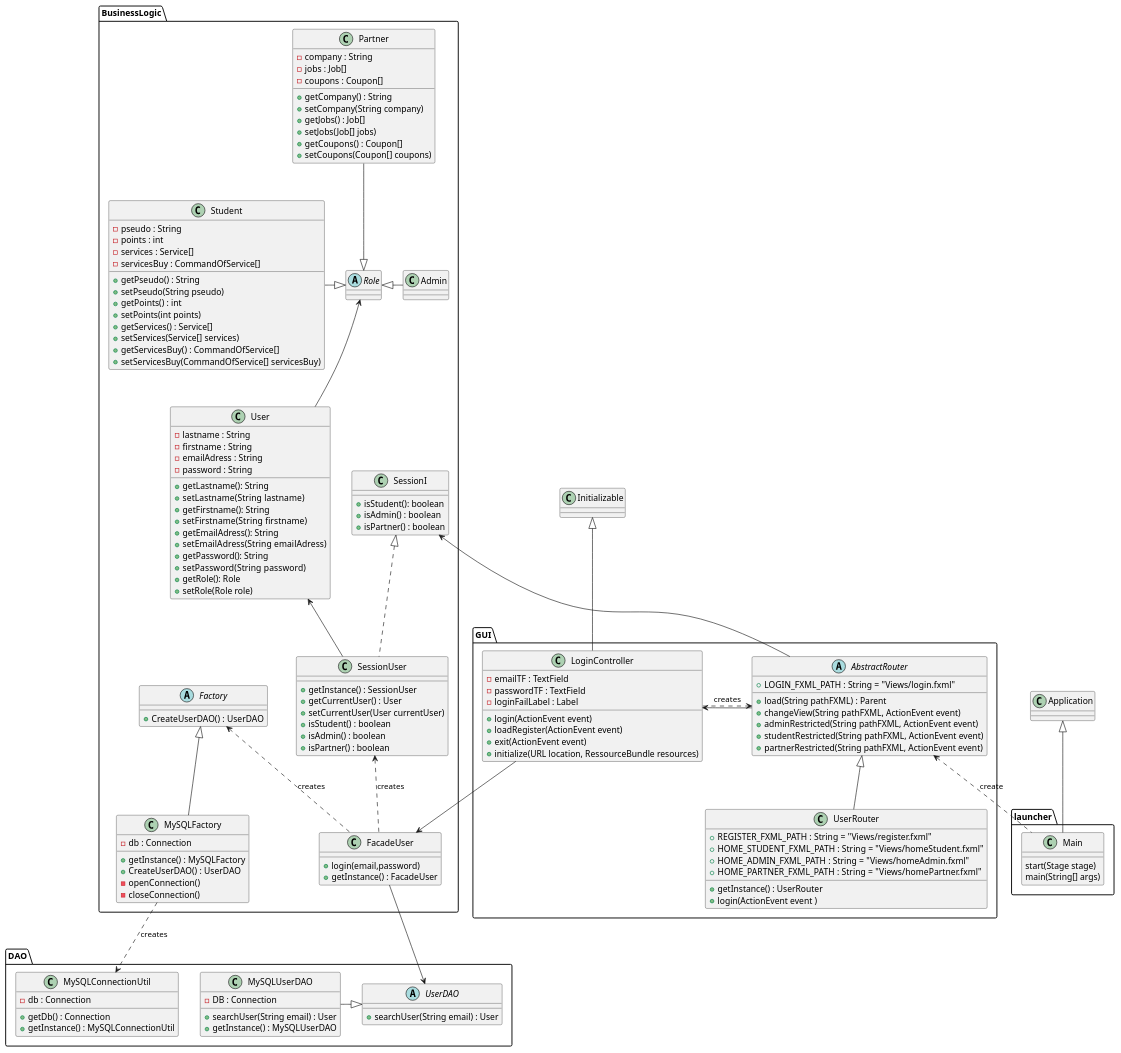
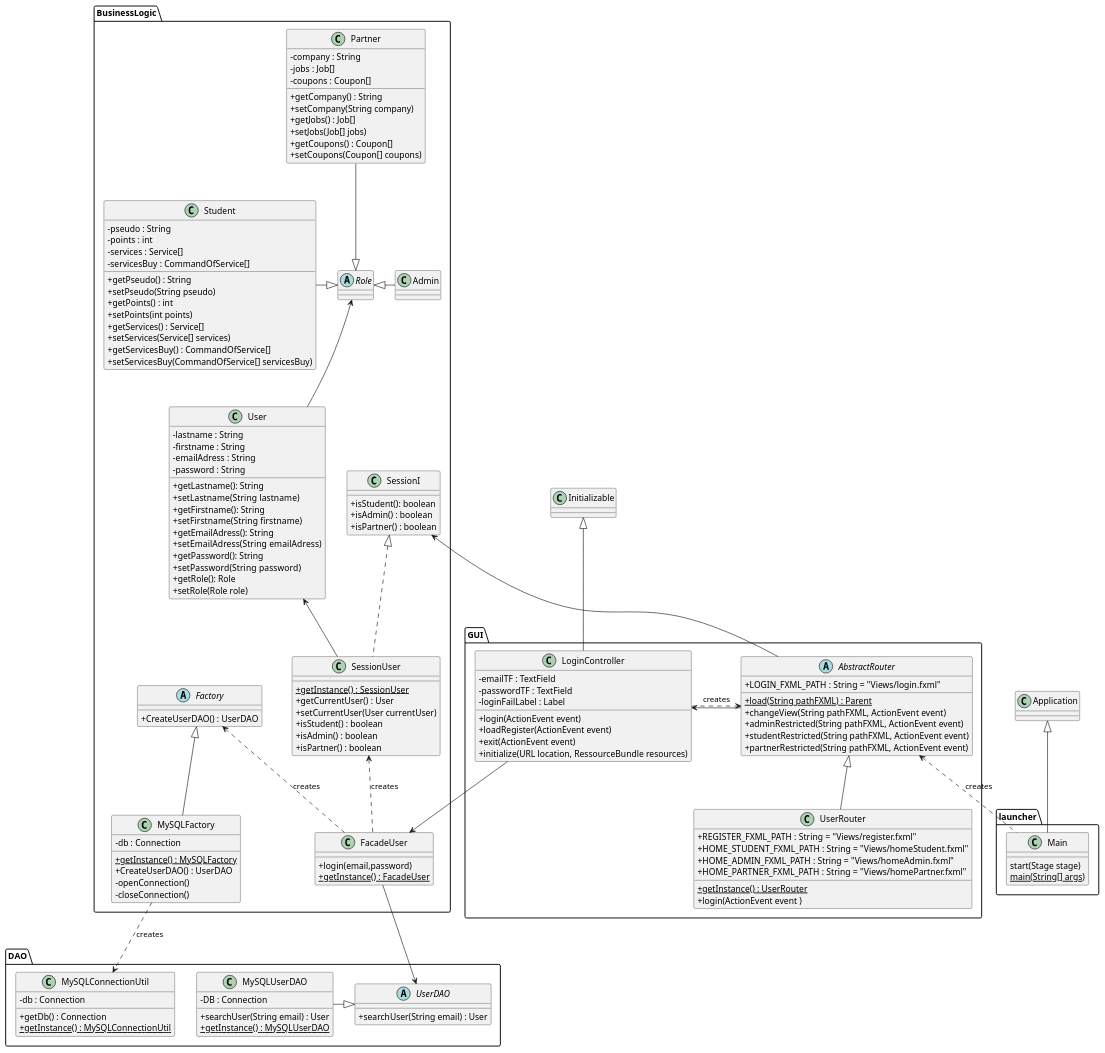
One commit to guiguie34/StudEasy changed the diagram in classDiagrams/login.puml. Above: the diagram before and after it, drawn with PlantUML.

Commit message:
Login class diagram improvement

```diff
--- a/classDiagrams/login.puml
+++ b/classDiagrams/login.puml
@@ -1,168 +1,177 @@
 @startuml
+skinparam classAttributeIconSize 0
+
 class Application
+
 package launcher{
+
     class Main{
         start(Stage stage)
-        main(String[] args)
+        {static} main(String[] args)
      }
+
     Application <|-- Main
 }
+
 class Initializable
+
 package GUI{
+
     abstract class AbstractRouter{
         + LOGIN_FXML_PATH : String = "Views/login.fxml"
-        + load(String pathFXML) : Parent
+        + {static} load(String pathFXML) : Parent
         + changeView(String pathFXML, ActionEvent event)
         + adminRestricted(String pathFXML, ActionEvent event)
         + studentRestricted(String pathFXML, ActionEvent event)
         + partnerRestricted(String pathFXML, ActionEvent event)
     }
+
     class LoginController{
             - emailTF : TextField
             - passwordTF : TextField
             - loginFailLabel : Label
             + login(ActionEvent event)
             + loadRegister(ActionEvent event)
             + exit(ActionEvent event)
             + initialize(URL location, RessourceBundle resources)
+        }
 
-        }
     class UserRouter{
         + REGISTER_FXML_PATH : String = "Views/register.fxml"
         + HOME_STUDENT_FXML_PATH : String = "Views/homeStudent.fxml"
         + HOME_ADMIN_FXML_PATH : String = "Views/homeAdmin.fxml"
         + HOME_PARTNER_FXML_PATH : String = "Views/homePartner.fxml"
-        + getInstance() : UserRouter
+        + {static} getInstance() : UserRouter
         + login(ActionEvent event )
     }
 
-
     Initializable <|-down- LoginController
-    AbstractRouter <.. Main : create
+    AbstractRouter <.. Main : creates
     LoginController <-- AbstractRouter
     AbstractRouter <.left. LoginController : creates
     AbstractRouter <|-- UserRouter
-
-
-
 }
 
 package BusinessLogic{
+
     class FacadeUser{
         + login(email,password)
-        + getInstance() : FacadeUser
+        + {static} getInstance() : FacadeUser
     }
 
     class SessionUser{
-        + getInstance() : SessionUser
+        + {static} getInstance() : SessionUser
         + getCurrentUser() : User
         + setCurrentUser(User currentUser)
         + isStudent() : boolean
         + isAdmin() : boolean
         + isPartner() : boolean
     }
 
     class SessionI{
         + isStudent(): boolean
         + isAdmin() : boolean
         + isPartner() : boolean
 
     }
 
     class User{
         - lastname : String
         - firstname : String
         - emailAdress : String
         - password : String
         + getLastname(): String
         + setLastname(String  lastname)
         + getFirstname(): String
         + setFirstname(String  firstname)
         + getEmailAdress(): String
         + setEmailAdress(String  emailAdress)
         + getPassword(): String
         + setPassword(String  password)
         + getRole(): Role
         + setRole(Role role)
 
     }
 
     abstract class Role
+
     class Admin
+
     class Student{
         - pseudo : String
         - points : int
         - services : Service[]
         - servicesBuy : CommandOfService[]
         + getPseudo() : String
         + setPseudo(String pseudo)
         + getPoints() : int
         + setPoints(int points)
         + getServices() : Service[]
         + setServices(Service[] services)
         + getServicesBuy() : CommandOfService[]
         + setServicesBuy(CommandOfService[] servicesBuy)
     }
 
     class Partner{
         - company : String
         - jobs : Job[]
         - coupons : Coupon[]
         + getCompany() : String
         + setCompany(String company)
         + getJobs() : Job[]
         + setJobs(Job[] jobs)
         + getCoupons() : Coupon[]
         + setCoupons(Coupon[] coupons)
+    }
 
-    }
     abstract class Factory{
         + CreateUserDAO() : UserDAO
     }
+
     class MySQLFactory{
         - db : Connection
-        + getInstance() : MySQLFactory
+        + {static} getInstance() : MySQLFactory
         + CreateUserDAO() : UserDAO
         - openConnection()
         - closeConnection()
     }
 
     Role <|-left Student
     Role <|-right Admin
     Role <|--up Partner
     Role <-- User
     User <-- SessionUser
     SessionI <|.. SessionUser
     SessionI <-- AbstractRouter
     SessionUser <.. FacadeUser : creates
     Factory <.. FacadeUser : creates
     Factory <|-- MySQLFactory
     FacadeUser <-up- LoginController
-
-
-
-
 }
 
 package DAO{
+
     abstract class UserDAO{
         + searchUser(String email) : User
     }
+
     class MySQLUserDAO{
         - DB : Connection
         + searchUser(String email) : User
-        + getInstance() : MySQLUserDAO
+        + {static} getInstance() : MySQLUserDAO
     }
+
     class MySQLConnectionUtil{
         - db : Connection
         + getDb() : Connection
-        + getInstance() : MySQLConnectionUtil
+        + {static} getInstance() : MySQLConnectionUtil
     }
 
     UserDAO <|-up MySQLUserDAO
+
     UserDAO <-up- FacadeUser
+
     MySQLConnectionUtil <.up. MySQLFactory : creates
-
 }
 
 @enduml
```
